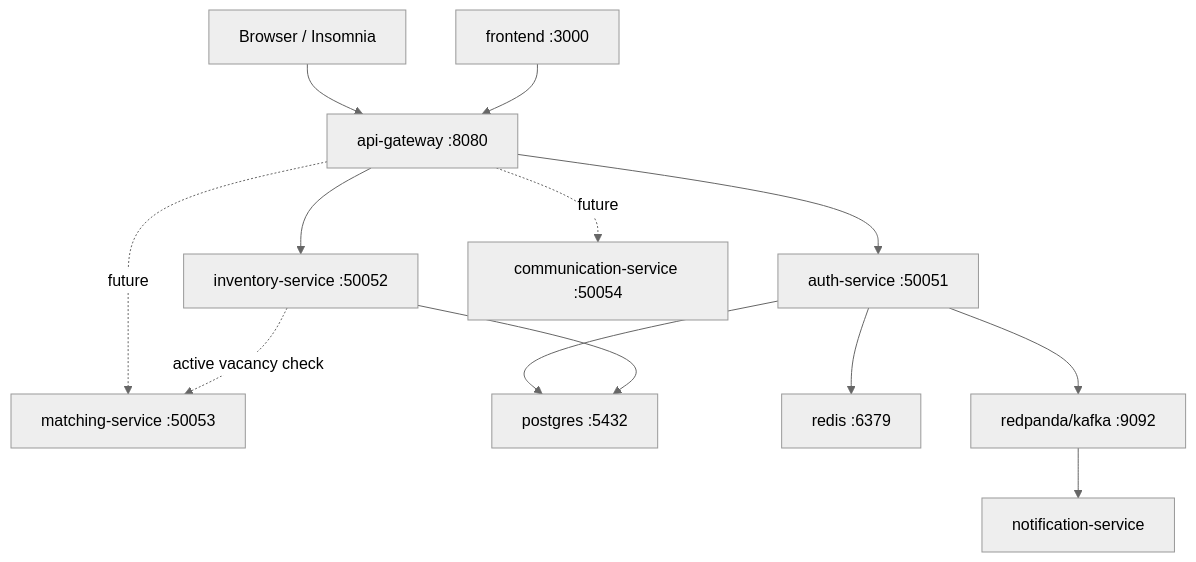
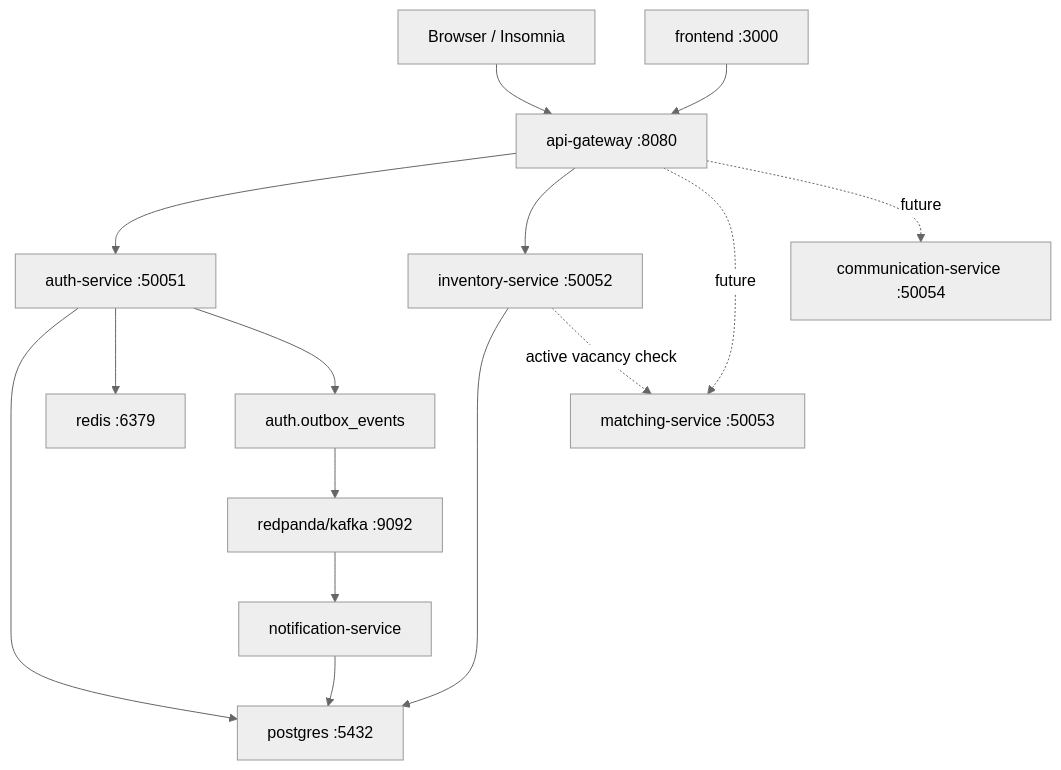
Before and after one commit to tmcrypted/berusmenu: the second of 2 diagrams in docs/runtime-topology.md, drawn with Mermaid (neutral theme). The commit also changed other lines of this file and 29 other files, not shown here.

Commit message:
add kafka outbox and few things

````diff
--- a/docs/runtime-topology.md
+++ b/docs/runtime-topology.md
@@ -46,18 +49,20 @@
 ```mermaid
 flowchart TB
     Browser["Browser / Insomnia"] --> Gateway["api-gateway :8080"]
     Frontend["frontend :3000"] --> Gateway
 
     Gateway --> Auth["auth-service :50051"]
     Gateway --> Inventory["inventory-service :50052"]
     Gateway -. future .-> Matching["matching-service :50053"]
     Gateway -. future .-> Communication["communication-service :50054"]
 
     Auth --> Postgres["postgres :5432"]
     Inventory --> Postgres
     Inventory -. active vacancy check .-> Matching
     Auth --> Redis["redis :6379"]
-    Auth --> Kafka["redpanda/kafka :9092"]
+    Auth --> Outbox["auth.outbox_events"]
+    Outbox --> Kafka["redpanda/kafka :9092"]
 
     Kafka --> Notification["notification-service"]
+    Notification --> Postgres
 ```
````
